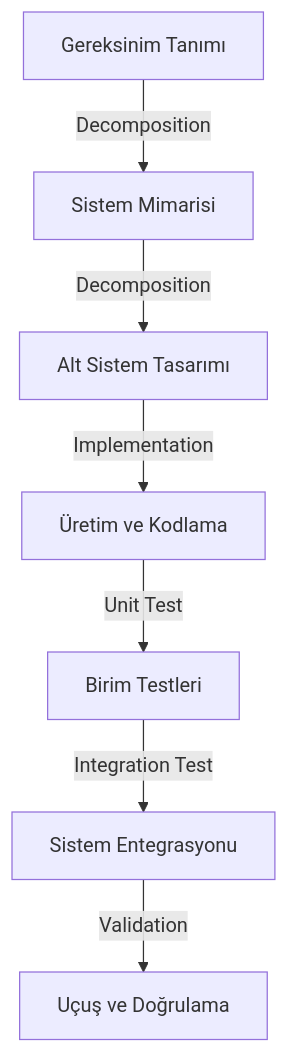
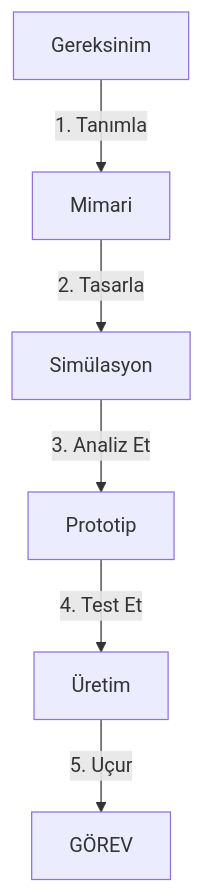
The diagram in README.md (bahattinyunus/irec-rocket-competition), drawn with Mermaid before and after one commit. The commit also changed other lines of this file, not shown here.

````diff
--- a/README.md
+++ b/README.md
@@ -95,9 +81,8 @@
 ```mermaid
 graph TD
-    Req[Gereksinim Tanımı] -->|Decomposition| Arch[Sistem Mimarisi]
-    Arch -->|Decomposition| Des[Alt Sistem Tasarımı]
-    Des -->|Implementation| Dev[Üretim ve Kodlama]
-    Dev -->|Unit Test| Ver1[Birim Testleri]
-    Ver1 -->|Integration Test| Ver2[Sistem Entegrasyonu]
-    Ver2 -->|Validation| Val[Uçuş ve Doğrulama]
+    Req[Gereksinim] -->|1. Tanımla| Arch[Mimari]
+    Arch -->|2. Tasarla| Sim[Simülasyon]
+    Sim -->|3. Analiz Et| Proto[Prototip]
+    Proto -->|4. Test Et| Prod[Üretim]
+    Prod -->|5. Uçur| Flight[GÖREV]
 ```
````
